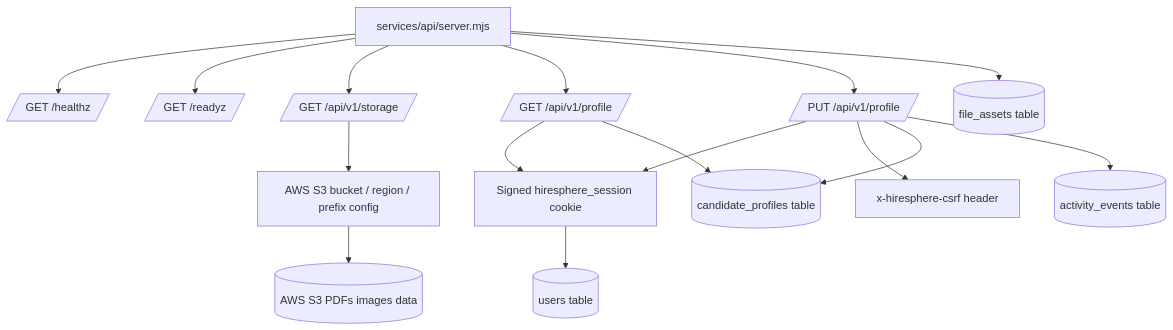
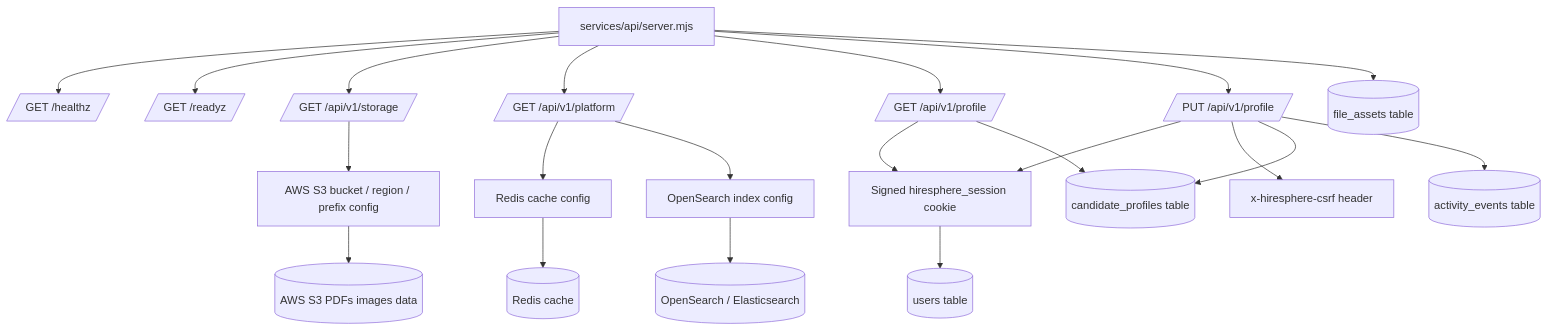
The fourth of 7 diagrams in FLOWCHART.md (rahultiple31/CareerHub), drawn with Mermaid before and after one commit. The commit also changed other lines of this file and 16 other files, not shown here.

Commit message:
Add Redis and OpenSearch deployment support

````diff
--- a/FLOWCHART.md
+++ b/FLOWCHART.md
@@ -95,20 +100,25 @@
 ```mermaid
 flowchart TD
   API[services/api/server.mjs] --> Health[/GET /healthz/]
   API --> Ready[/GET /readyz/]
   API --> Storage[/GET /api/v1/storage/]
+  API --> Platform[/GET /api/v1/platform/]
   API --> GetProfile[/GET /api/v1/profile/]
   API --> PutProfile[/PUT /api/v1/profile/]
 
   GetProfile --> Session[Signed hiresphere_session cookie]
   PutProfile --> Session
   PutProfile --> CSRF[x-hiresphere-csrf header]
 
   Session --> Users[(users table)]
   GetProfile --> CandidateProfiles[(candidate_profiles table)]
   PutProfile --> CandidateProfiles
   PutProfile --> Activity[(activity_events table)]
   Storage --> S3Config[AWS S3 bucket / region / prefix config]
+  Platform --> RedisConfig[Redis cache config]
+  Platform --> SearchConfig[OpenSearch index config]
   S3Config --> S3[(AWS S3 PDFs images data)]
+  RedisConfig --> Redis[(Redis cache)]
+  SearchConfig --> Search[(OpenSearch / Elasticsearch)]
   API --> FileAssets[(file_assets table)]
 ```
````
